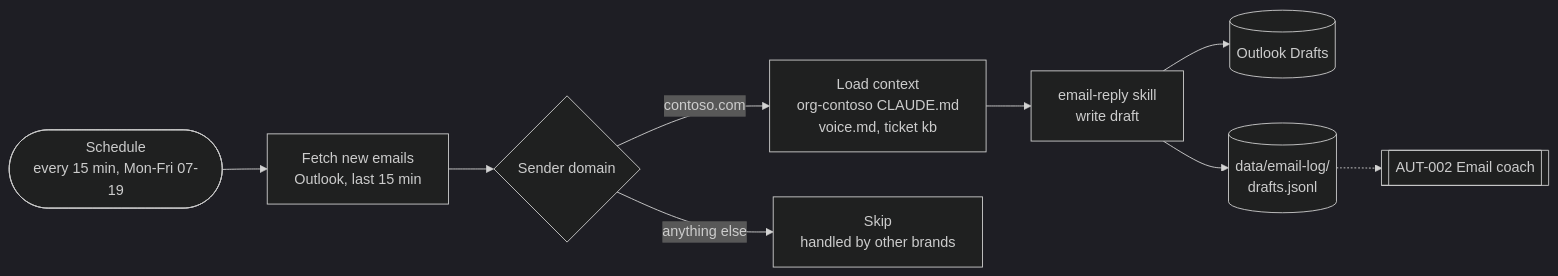
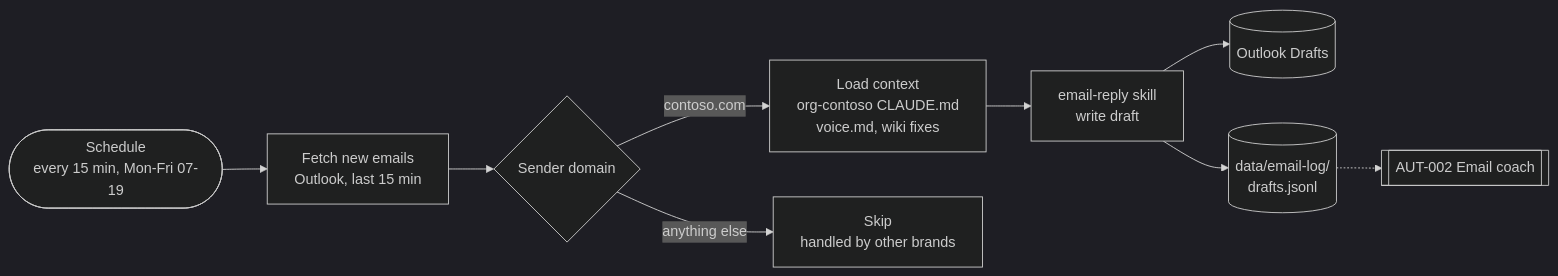
The diagram in examples/master-os/automations/flows/AUT-001-email-agent.md (GopalakrishnanBhaskaran/platform-agent-demo), drawn with Mermaid (dark theme) before and after one commit. The commit also changed 31 other files, not shown here.

````diff
--- a/examples/master-os/automations/flows/AUT-001-email-agent.md
+++ b/examples/master-os/automations/flows/AUT-001-email-agent.md
@@ -5,11 +5,11 @@
 ```mermaid
 flowchart LR
   T([Schedule<br/>every 15 min, Mon-Fri 07-19]) --> F[Fetch new emails<br/>Outlook, last 15 min]
   F --> R{Sender domain}
-  R -- contoso.com --> C[Load context<br/>org-contoso CLAUDE.md<br/>voice.md, ticket kb]
+  R -- contoso.com --> C[Load context<br/>org-contoso CLAUDE.md<br/>voice.md, wiki fixes]
   R -- anything else --> S[Skip<br/>handled by other brands]
   C --> D[email-reply skill<br/>write draft]
   D --> O[(Outlook Drafts)]
   D --> L[(data/email-log/<br/>drafts.jsonl)]
   L -.-> N[[AUT-002 Email coach]]
 ```
````
